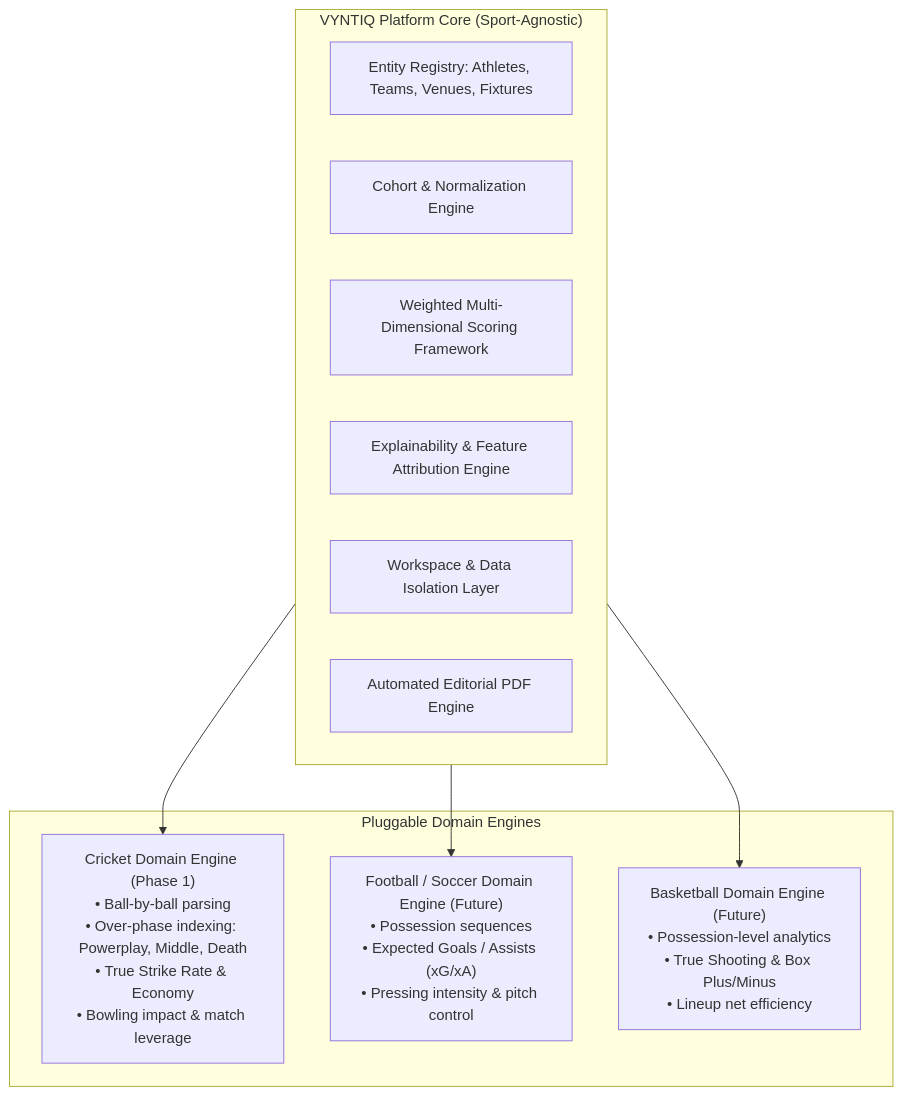
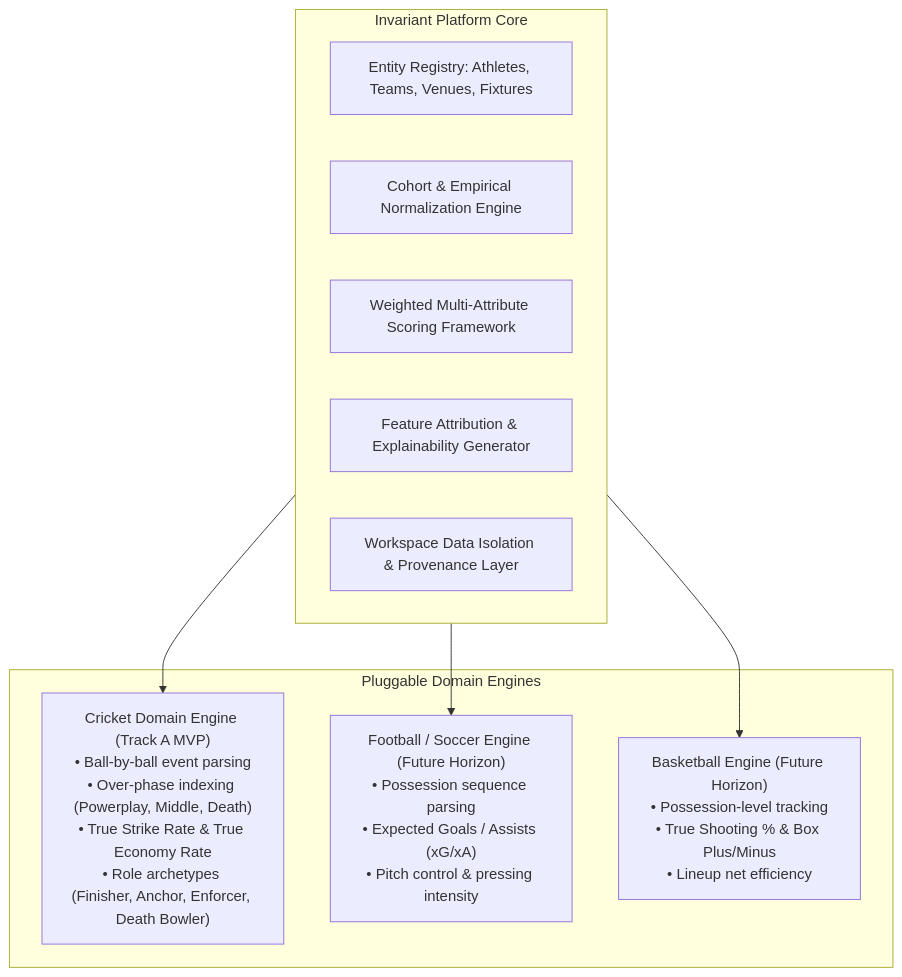
Before and after one commit to yaashrane/VYNTIQ-Sports-Intelligence: the second of 2 diagrams in docs/PRODUCT_VISION.md, drawn with Mermaid. The commit also changed other lines of this file and 9 other files, not shown here.

Commit message:
docs: complete rigorous architecture review and competition MVP alignment

````diff
--- a/docs/PRODUCT_VISION.md
+++ b/docs/PRODUCT_VISION.md
@@ -54,21 +78,20 @@
 ```mermaid
 graph TD
-    subgraph PlatformCore ["VYNTIQ Platform Core (Sport-Agnostic)"]
-        A[Entity Registry: Athletes, Teams, Venues, Fixtures]
-        B[Cohort & Normalization Engine]
-        C[Weighted Multi-Dimensional Scoring Framework]
-        D[Explainability & Feature Attribution Engine]
-        E[Workspace & Data Isolation Layer]
-        F[Automated Editorial PDF Engine]
+    subgraph CorePlatform ["Invariant Platform Core"]
+        E[Entity Registry: Athletes, Teams, Venues, Fixtures]
+        C[Cohort & Empirical Normalization Engine]
+        S[Weighted Multi-Attribute Scoring Framework]
+        A[Feature Attribution & Explainability Generator]
+        W[Workspace Data Isolation & Provenance Layer]
     end
 
-    subgraph DomainEngines ["Pluggable Domain Engines"]
-        G["Cricket Domain Engine (Phase 1)<br/>• Ball-by-ball parsing<br/>• Over-phase indexing: Powerplay, Middle, Death<br/>• True Strike Rate & Economy<br/>• Bowling impact & match leverage"]
-        H["Football / Soccer Domain Engine (Future)<br/>• Possession sequences<br/>• Expected Goals / Assists (xG/xA)<br/>• Pressing intensity & pitch control"]
-        I["Basketball Domain Engine (Future)<br/>• Possession-level analytics<br/>• True Shooting & Box Plus/Minus<br/>• Lineup net efficiency"]
+    subgraph PluggableEngines ["Pluggable Domain Engines"]
+        Cricket["Cricket Domain Engine (Track A MVP)<br/>• Ball-by-ball event parsing<br/>• Over-phase indexing (Powerplay, Middle, Death)<br/>• True Strike Rate & True Economy Rate<br/>• Role archetypes (Finisher, Anchor, Enforcer, Death Bowler)"]
+        Football["Football / Soccer Engine (Future Horizon)<br/>• Possession sequence parsing<br/>• Expected Goals / Assists (xG/xA)<br/>• Pitch control & pressing intensity"]
+        Basketball["Basketball Engine (Future Horizon)<br/>• Possession-level tracking<br/>• True Shooting % & Box Plus/Minus<br/>• Lineup net efficiency"]
     end
 
-    PlatformCore --> G
-    PlatformCore --> H
-    PlatformCore --> I
+    CorePlatform --> Cricket
+    CorePlatform --> Football
+    CorePlatform --> Basketball
 ```
````
